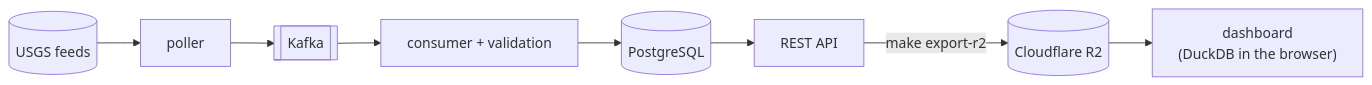
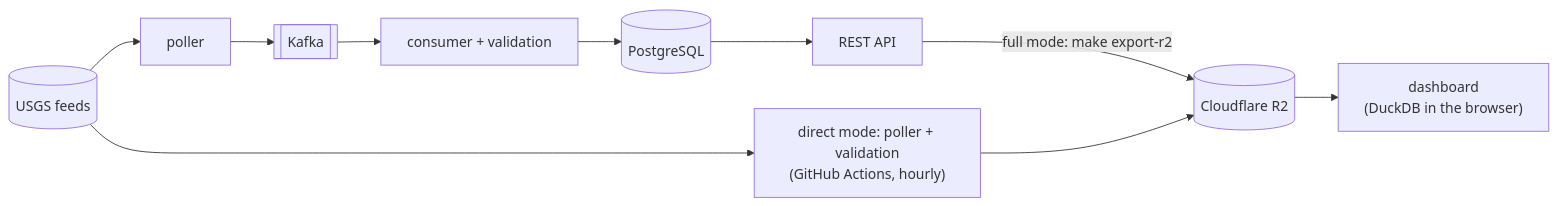
Before and after one commit to dienarvaez1/earth-hub: the diagram in README.md, drawn with Mermaid. The commit also changed other lines of this file and 15 other files, not shown here.

````diff
--- a/README.md
+++ b/README.md
@@ -15,5 +15,6 @@
 ```mermaid
 flowchart LR
     usgs[("USGS feeds")] --> poller --> kafka[["Kafka"]] --> consumer["consumer + validation"] --> pg[("PostgreSQL")] --> api["REST API"]
-    api -- "make export-r2" --> r2[("Cloudflare R2")] --> dash["dashboard<br/>(DuckDB in the browser)"]
+    api -- "full mode: make export-r2" --> r2[("Cloudflare R2")] --> dash["dashboard<br/>(DuckDB in the browser)"]
+    usgs --> direct["direct mode: poller + validation<br/>(GitHub Actions, hourly)"] --> r2
 ```
````
